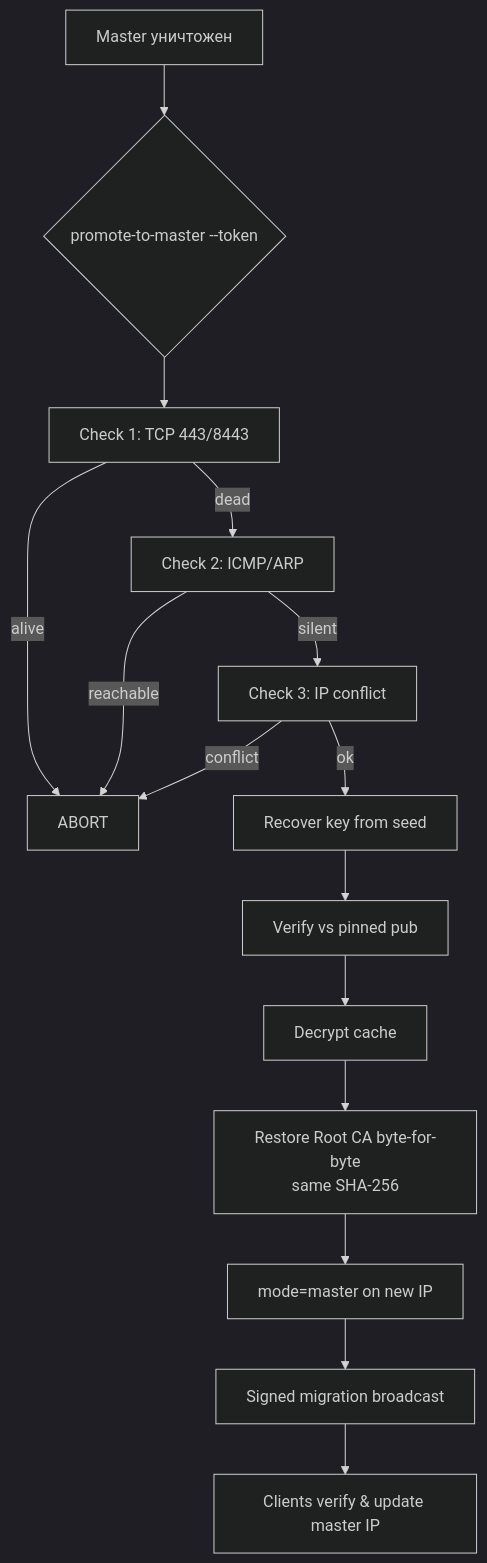
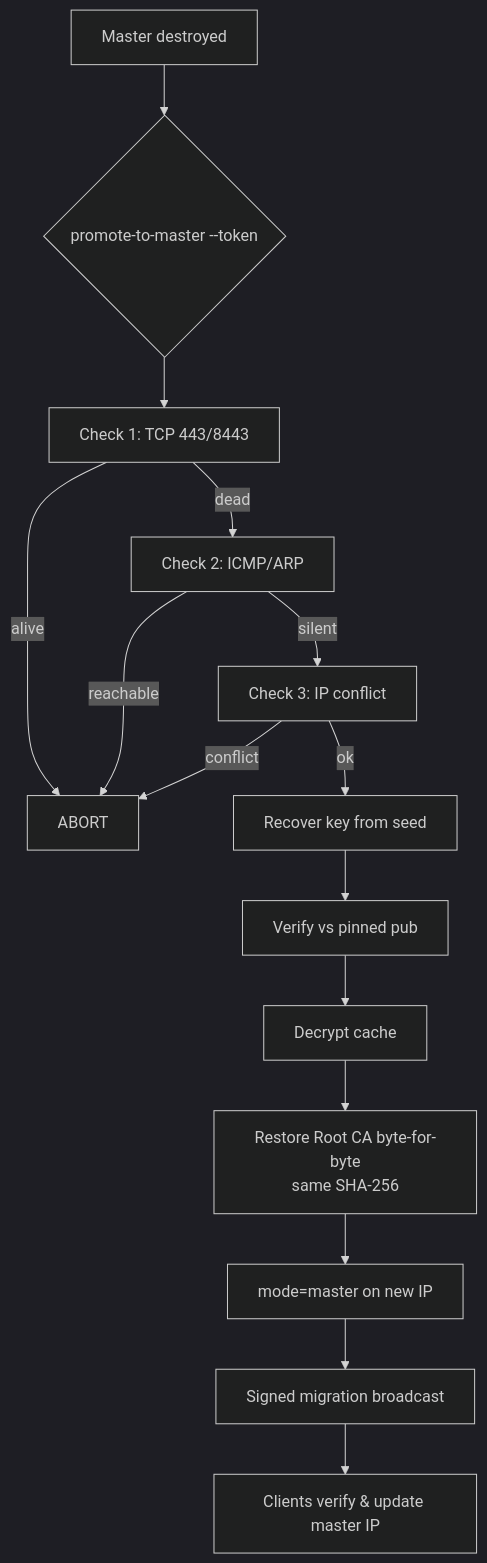
One commit to iskyneon/natssl changed the third of 3 diagrams in docs/DEPLOYMENT.md. Above: the diagram before and after it, drawn with Mermaid (dark theme). The commit also changed other lines of this file and 2 other files, not shown here.

````diff
--- a/docs/DEPLOYMENT.md
+++ b/docs/DEPLOYMENT.md
@@ -116,17 +116,17 @@
 ```mermaid
 flowchart TD
-    A[Master уничтожен] --> B{promote-to-master --token}
+    A[Master destroyed] --> B{promote-to-master --token}
     B --> C1[Check 1: TCP 443/8443]
     C1 -->|alive| X[ABORT]
     C1 -->|dead| C2[Check 2: ICMP/ARP]
     C2 -->|reachable| X
     C2 -->|silent| C3[Check 3: IP conflict]
     C3 -->|conflict| X
     C3 -->|ok| D[Recover key from seed]
     D --> E[Verify vs pinned pub]
     E --> F[Decrypt cache]
     F --> G[Restore Root CA byte-for-byte<br/>same SHA-256]
     G --> H[mode=master on new IP]
     H --> I[Signed migration broadcast]
     I --> J[Clients verify & update master IP]
 ```
````
